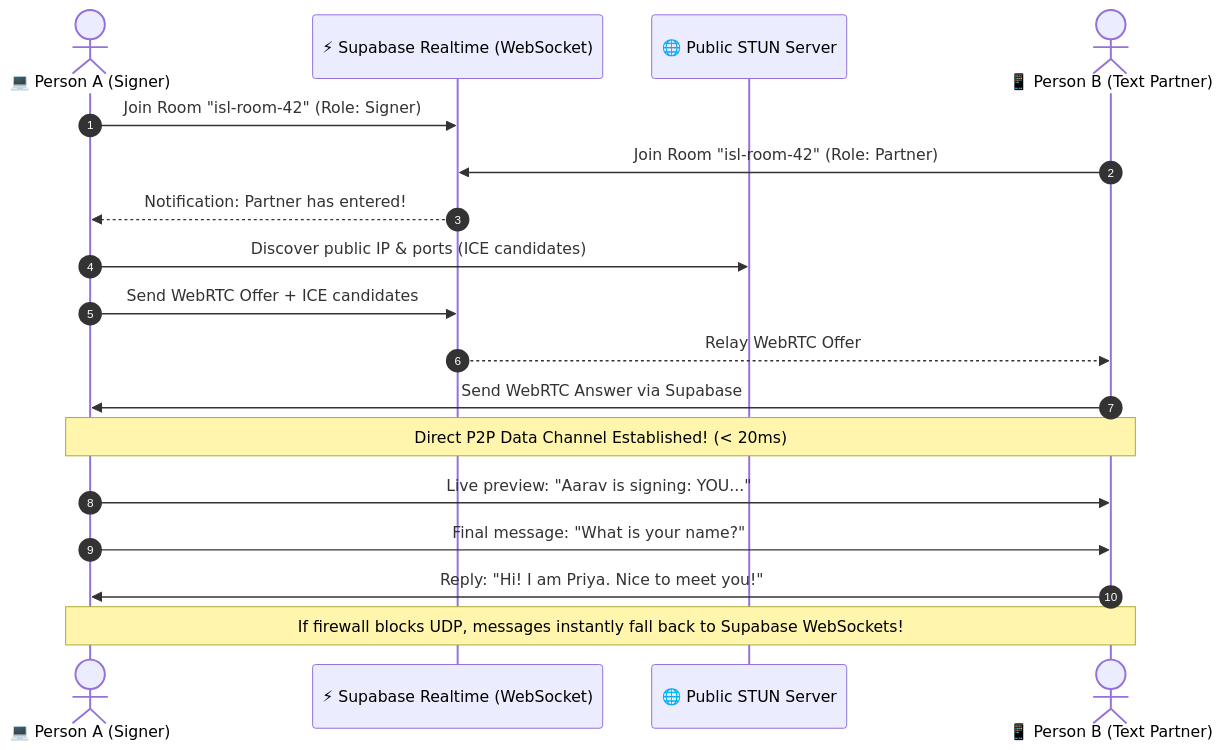
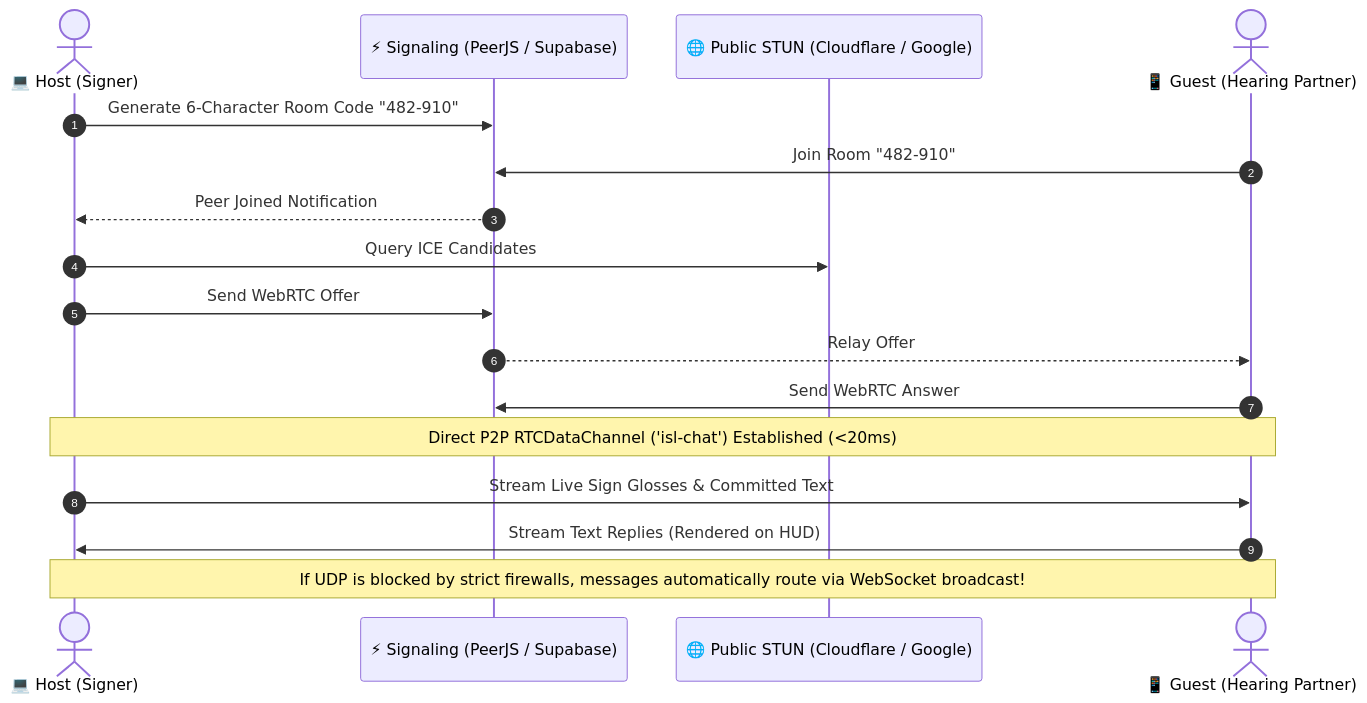
One commit to vickysahuhere/signbridge changed the fifth of 5 diagrams in README.md. Above: the diagram before and after it, drawn with Mermaid. The commit also changed other lines of this file and 12 other files, not shown here.

````diff
--- a/README.md
+++ b/README.md
@@ -241,25 +259,24 @@
 ```mermaid
 sequenceDiagram
     autonumber
-    actor Signer as 💻 Person A (Signer)
-    participant Supa as ⚡ Supabase Realtime (WebSocket)
-    participant STUN as 🌐 Public STUN Server
-    actor Partner as 📱 Person B (Text Partner)
+    actor Host as 💻 Host (Signer)
+    participant Signal as ⚡ Signaling (PeerJS / Supabase)
+    participant STUN as 🌐 Public STUN (Cloudflare / Google)
+    actor Guest as 📱 Guest (Hearing Partner)
 
-    Signer->>Supa: Join Room "isl-room-42" (Role: Signer)
-    Partner->>Supa: Join Room "isl-room-42" (Role: Partner)
-    Supa-->>Signer: Notification: Partner has entered!
+    Host->>Signal: Generate 6-Character Room Code "482-910"
+    Guest->>Signal: Join Room "482-910"
+    Signal-->>Host: Peer Joined Notification
     
-    Signer->>STUN: Discover public IP & ports (ICE candidates)
-    Signer->>Supa: Send WebRTC Offer + ICE candidates
-    Supa-->>Partner: Relay WebRTC Offer
-    Partner->>Signer: Send WebRTC Answer via Supabase
+    Host->>STUN: Query ICE Candidates
+    Host->>Signal: Send WebRTC Offer
+    Signal-->>Guest: Relay Offer
+    Guest->>Signal: Send WebRTC Answer
     
-    Note over Signer,Partner: Direct P2P Data Channel Established! (< 20ms)
+    Note over Host,Guest: Direct P2P RTCDataChannel ('isl-chat') Established (<20ms)
     
-    Signer->>Partner: Live preview: "Aarav is signing: YOU..."
-    Signer->>Partner: Final message: "What is your name?"
-    Partner->>Signer: Reply: "Hi! I am Priya. Nice to meet you!"
+    Host->>Guest: Stream Live Sign Glosses & Committed Text
+    Guest->>Host: Stream Text Replies (Rendered on HUD)
     
-    Note over Signer,Partner: If firewall blocks UDP, messages instantly fall back to Supabase WebSockets!
+    Note over Host,Guest: If UDP is blocked by strict firewalls, messages automatically route via WebSocket broadcast!
 ```
````
